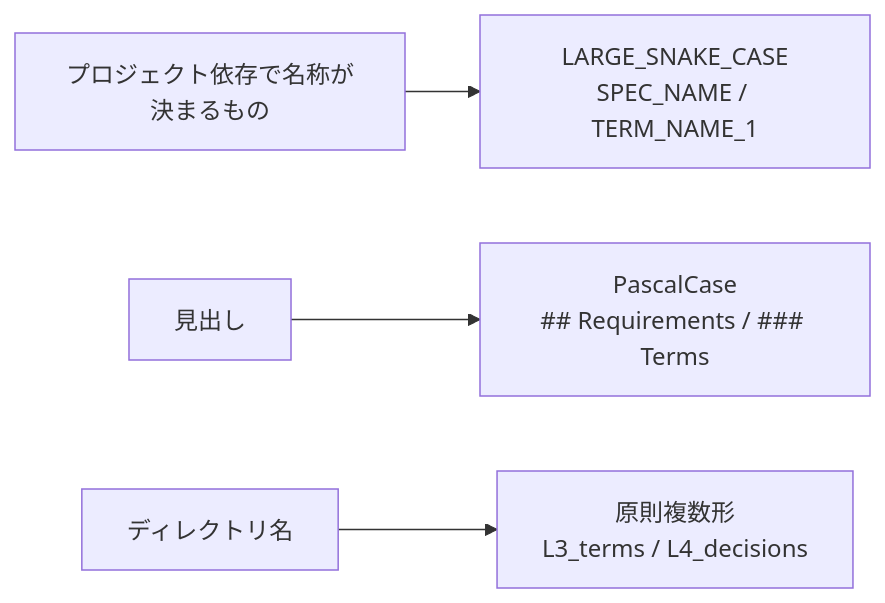
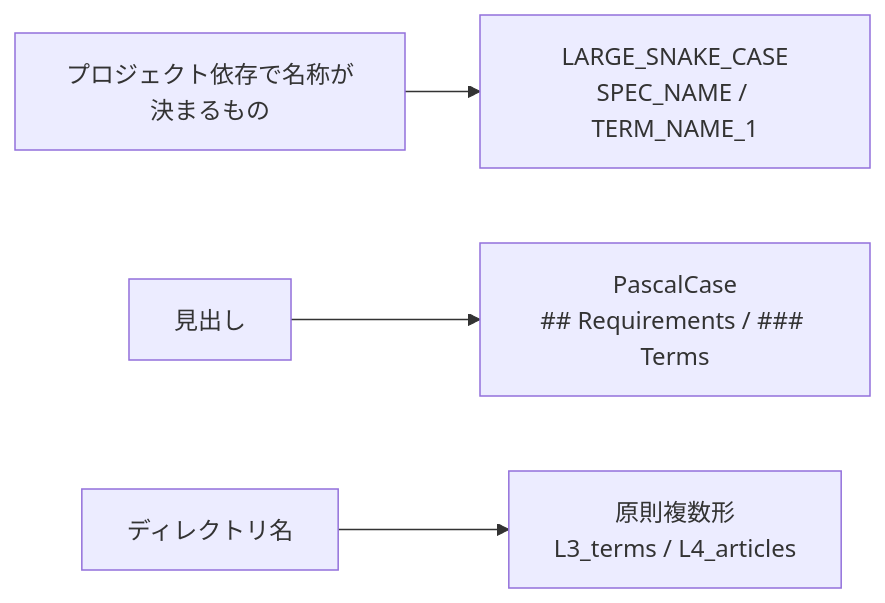
One commit to gameundwatch/archivist changed the second of 2 diagrams in docs/archivist/L3_structures/directory-layout.md. Above: the diagram before and after it, drawn with Mermaid. The commit also changed other lines of this file and 79 other files, not shown here.

````diff
--- a/docs/archivist/L3_structures/directory-layout.md
+++ b/docs/archivist/L3_structures/directory-layout.md
@@ -45,6 +45,6 @@
 ```mermaid
 flowchart LR
     P["プロジェクト依存で名称が決まるもの"] --> PS["LARGE_SNAKE_CASE<br/>SPEC_NAME / TERM_NAME_1"]
     H["見出し"] --> HP["PascalCase<br/>## Requirements / ### Terms"]
-    D["ディレクトリ名"] --> DP["原則複数形<br/>L3_terms / L4_decisions"]
+    D["ディレクトリ名"] --> DP["原則複数形<br/>L3_terms / L4_articles"]
 ```
````
